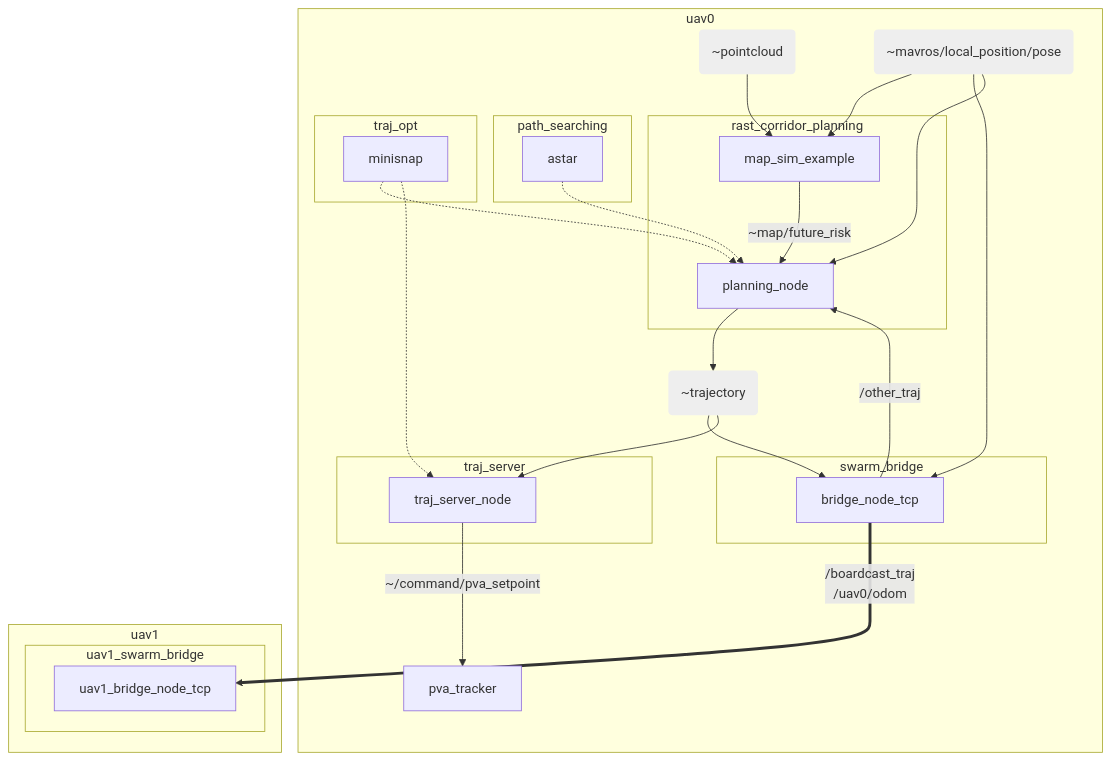
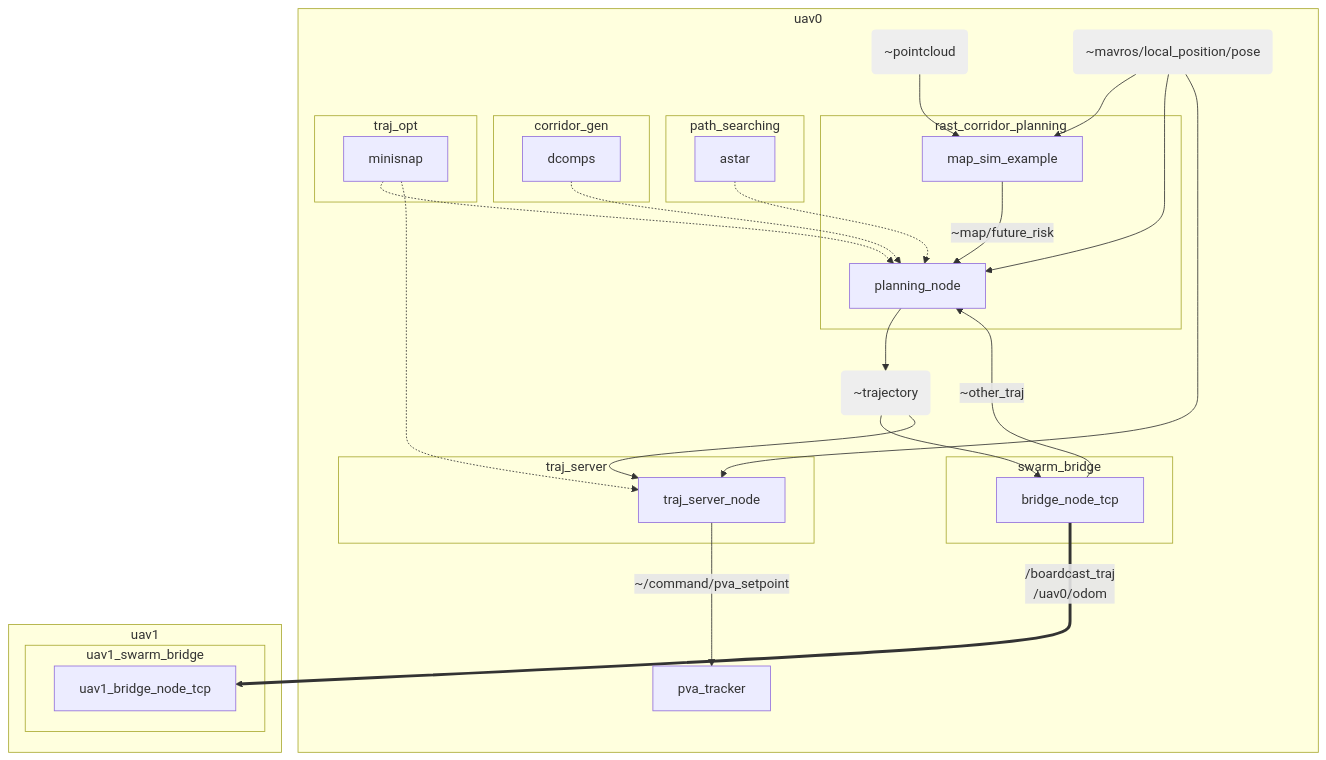
Before and after one commit to edmundwsy/RAST_corridor_planning: the diagram in README.md, drawn with Mermaid. The commit also changed other lines of this file, not shown here.

````diff
--- a/README.md
+++ b/README.md
@@ -23,49 +27,53 @@
 ```mermaid
 graph TD
   subgraph uav0
     subgraph rast_corridor_planning
       map_sim_example --"~map/future_risk"--> planning_node
     end
 
     subgraph path_searching
       astar -.-> planning_node
     end
 
     subgraph swarm_bridge
     bridge_node_tcp 
     end
 
+    subgraph corridor_gen
+    dcomps -.-> planning_node
+    end
+
     subgraph traj_opt
     minisnap -.-> planning_node
     end
     
     subgraph traj_server
     traj_server_node
     end
 
     C("~pointcloud")-->map_sim_example
       style C fill:#eee,stroke:#333,stroke-width:0px
     
     I("~mavros/local_position/pose")-->map_sim_example
       style I fill:#eee,stroke:#333,stroke-width:0px
-    I-->bridge_node_tcp
     I-->planning_node
+    I-->traj_server_node
 
     T("~trajectory")-->bridge_node_tcp
     T-->traj_server_node
     planning_node-->T
       style T fill:#eee,stroke:#333,stroke-width:0px
 
-    bridge_node_tcp --"/other_traj"--> planning_node
+    bridge_node_tcp --"~other_traj"--> planning_node
     minisnap -.-> traj_server_node
     traj_server_node --"~/command/pva_setpoint"-->pva_tracker
   end
 
   subgraph uav1
     subgraph uav1_swarm_bridge
       uav1_bridge_node_tcp
     end
   end
 
   bridge_node_tcp =="/boardcast_traj<br>/uav0/odom"==> uav1_bridge_node_tcp
 ```
````
